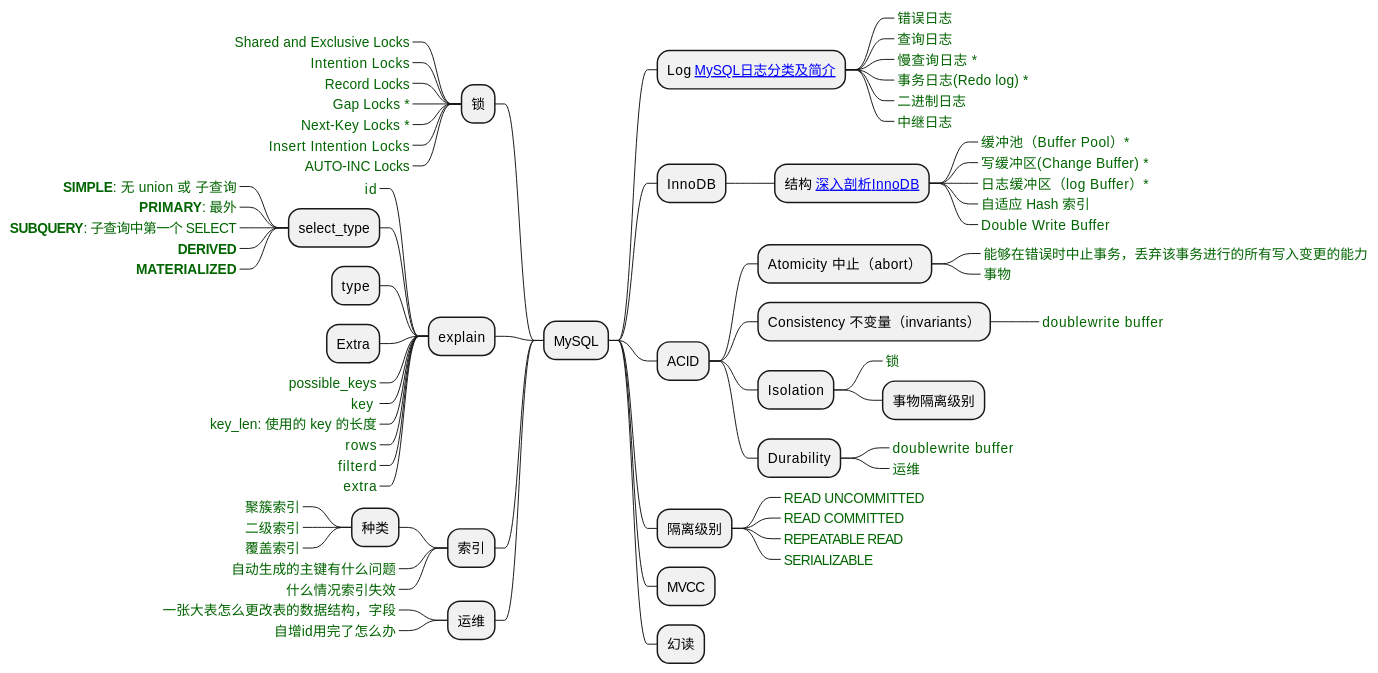
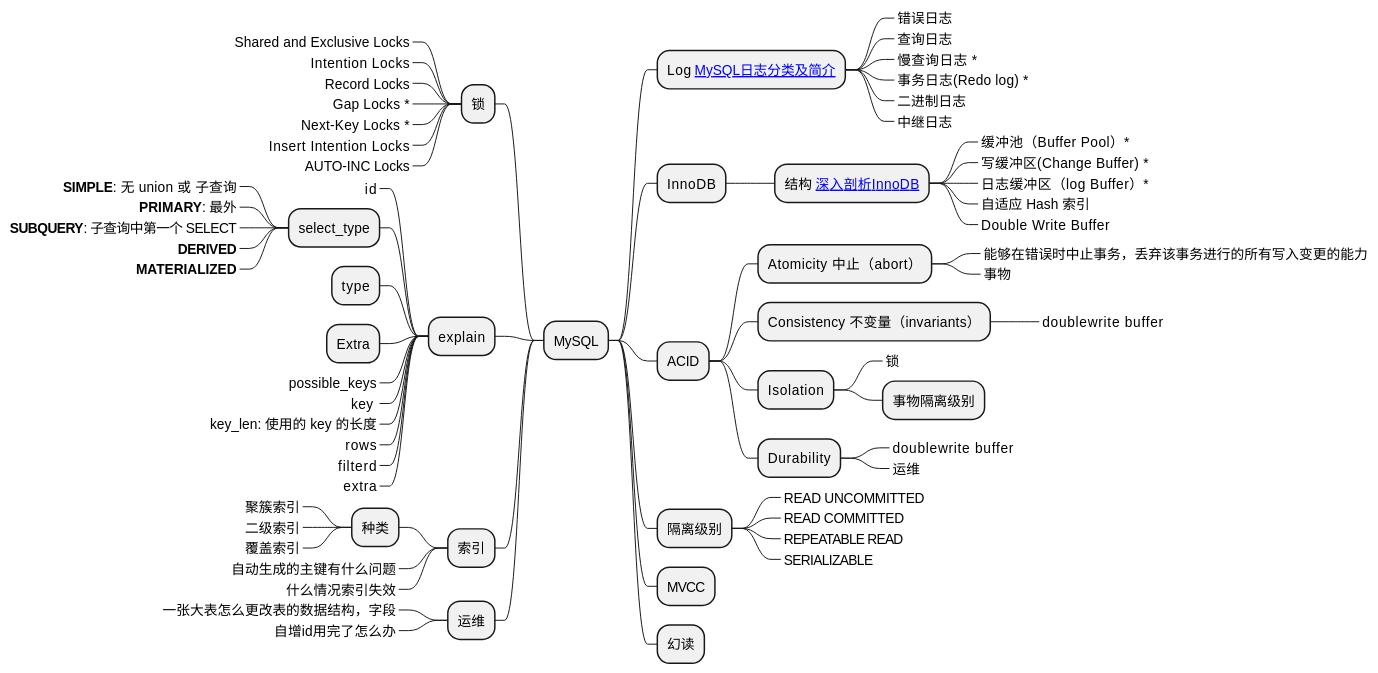
The third of 11 diagrams in _posts/2021-05-27-查漏补缺.md (Gh0st99/Gh0st99.github.io), drawn with PlantUML before and after one commit. The commit also changed 12 other files, not shown here.

````diff
--- a/_posts/2021-05-27-查漏补缺.md
+++ b/_posts/2021-05-27-查漏补缺.md
@@ -198,10 +198,6 @@
 ```plantuml
 @startmindmap MySQL 脑图
-<style>
-boxless {
-FontColor darkgreen
-}
-</style>
+
 
 * MySQL
 
````
